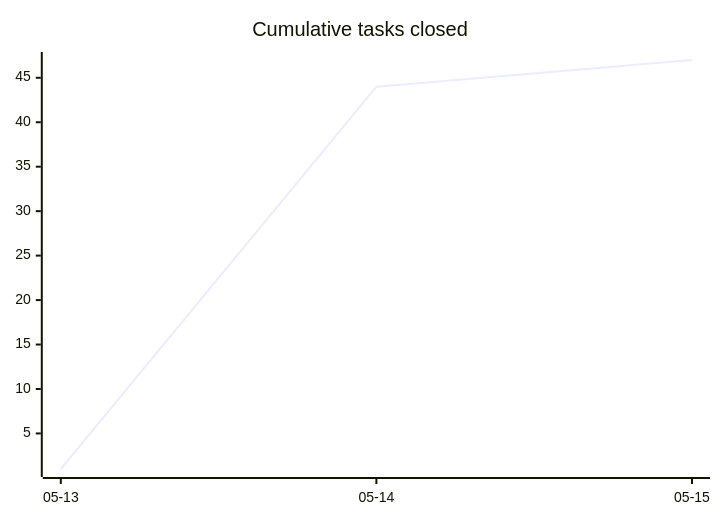
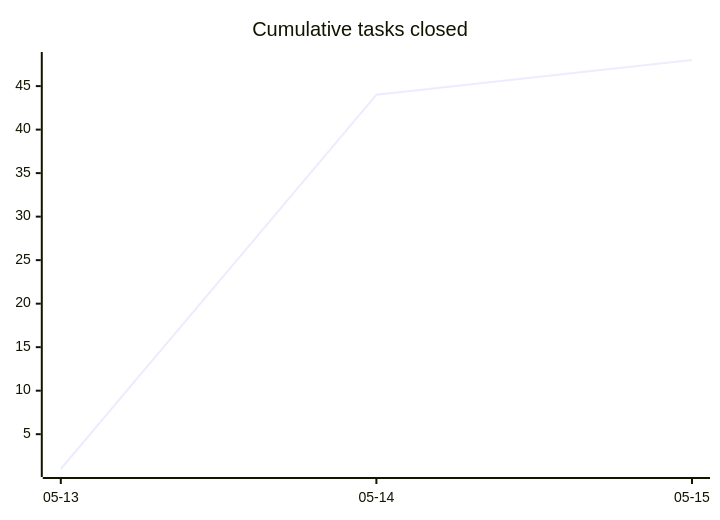
The first of 3 diagrams in docs/developers/tasks/OVERVIEW.md (tgd1975/CircuitSmith), drawn with Mermaid before and after one commit. The commit also changed other lines of this file and 4 other files, not shown here.

````diff
--- a/docs/developers/tasks/OVERVIEW.md
+++ b/docs/developers/tasks/OVERVIEW.md
@@ -21,6 +21,6 @@
 ```mermaid
 xychart-beta
     title "Cumulative tasks closed"
     x-axis ["05-13", "05-14", "05-15"]
-    line [1, 44, 47]
+    line [1, 44, 48]
 ```
````
